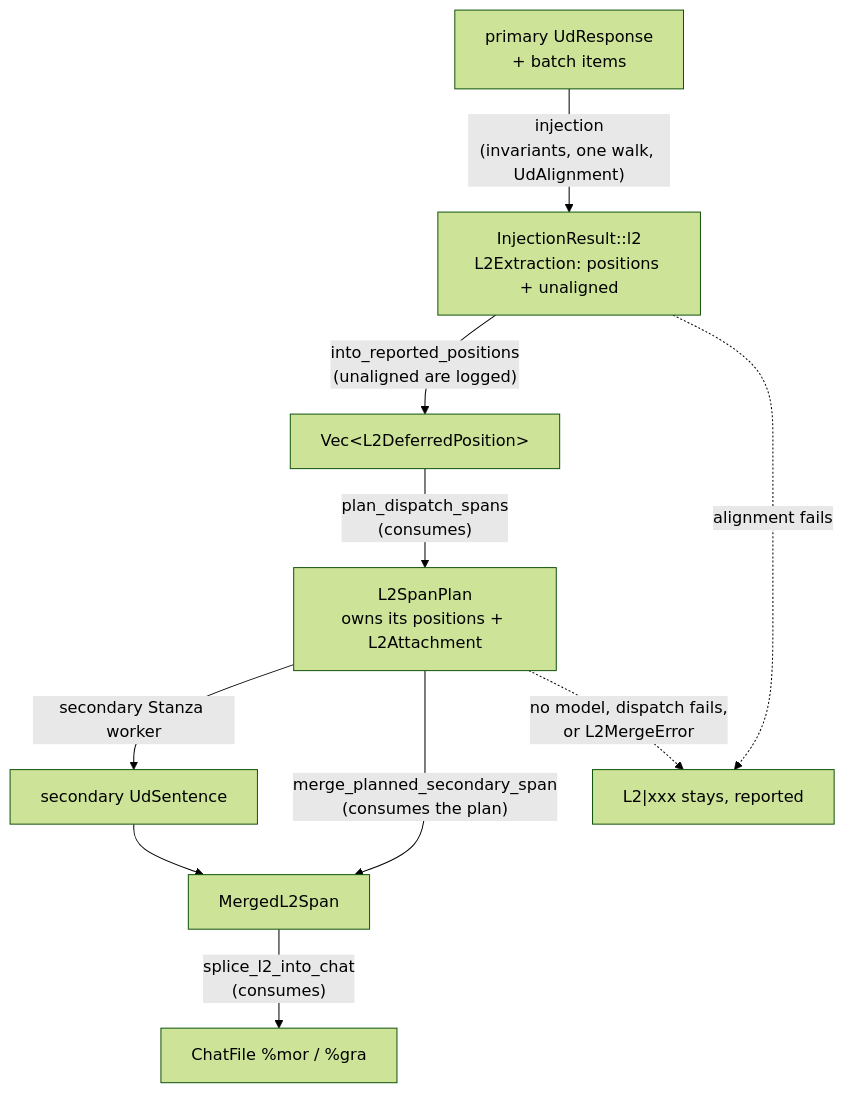
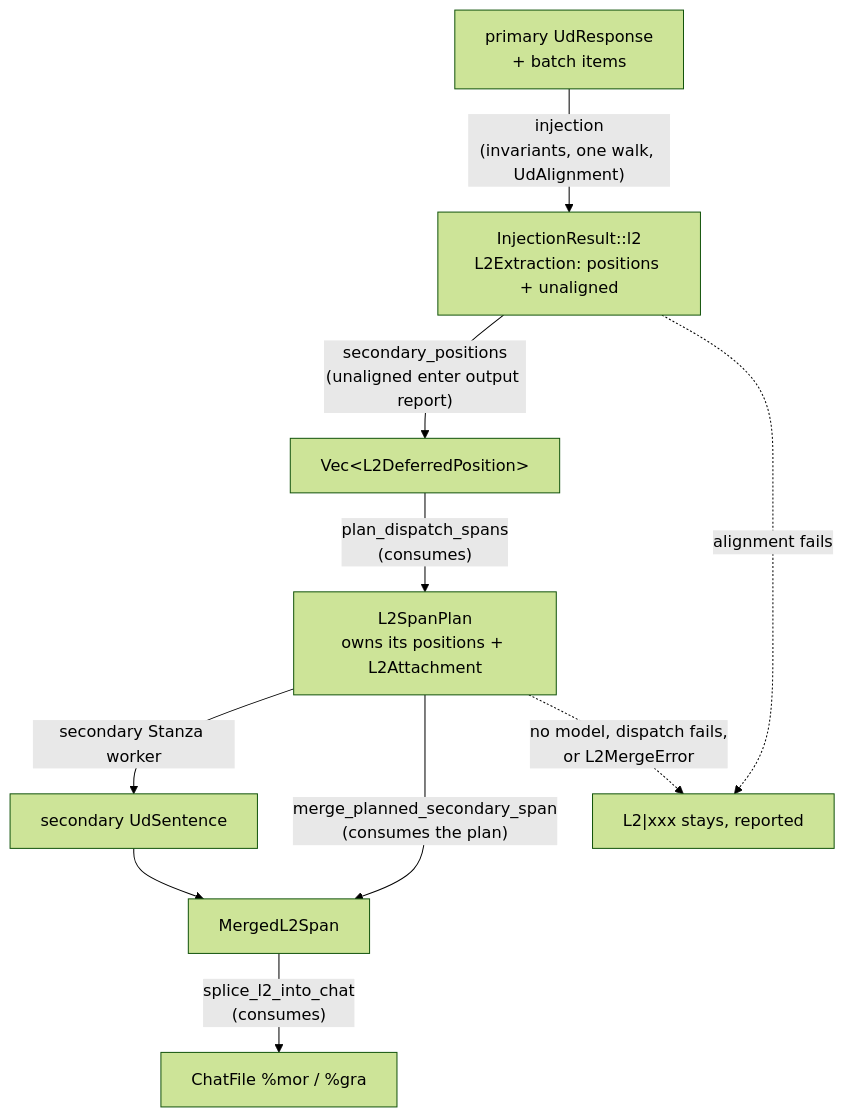
Before and after one commit to FranklinChen/talkbank-tools: the second of 3 diagrams in book/src/batchalign/reference/l2-morphotag.md, drawn with Mermaid (forest theme). The commit also changed other lines of this file and 172 other files, not shown here.

First line of the commit message:
Preserve morphology graph closure and fixed-span token ownership

````diff
--- a/book/src/batchalign/reference/l2-morphotag.md
+++ b/book/src/batchalign/reference/l2-morphotag.md
@@ -118,12 +153,12 @@
 ```mermaid
 flowchart TD
     UD["primary UdResponse\n+ batch items"] -->|"injection\n(invariants, one walk, UdAlignment)"| EX["InjectionResult::l2\nL2Extraction: positions + unaligned"]
-    EX -->|"into_reported_positions\n(unaligned are logged)"| DP["Vec&lt;L2DeferredPosition&gt;"]
+    EX -->|"secondary_positions\n(unaligned enter output report)"| DP["Vec&lt;L2DeferredPosition&gt;"]
     DP -->|"plan_dispatch_spans\n(consumes)"| SP["L2SpanPlan\nowns its positions + L2Attachment"]
     SP -->|"secondary Stanza worker"| SEC["secondary UdSentence"]
     SP -->|"merge_planned_secondary_span\n(consumes the plan)"| MS["MergedL2Span"]
     SEC --> MS
     MS -->|"splice_l2_into_chat\n(consumes)"| CHAT["ChatFile %mor / %gra"]
     EX -.->|"alignment fails"| FB["L2|xxx stays, reported"]
     SP -.->|"no model, dispatch fails,\nor L2MergeError"| FB
 ```
````
